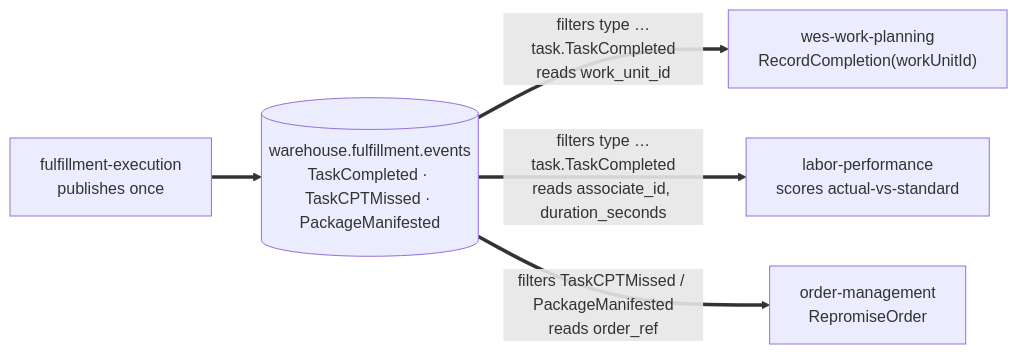
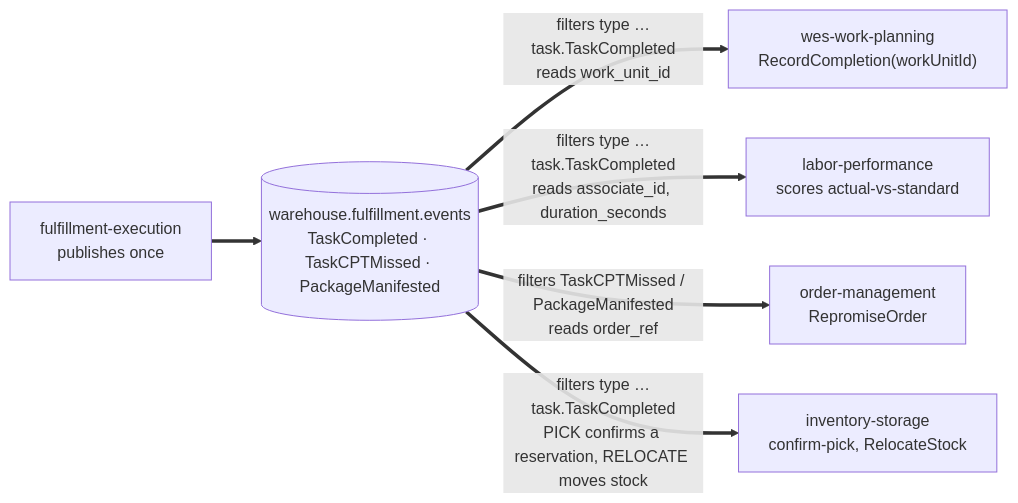
The diagram in docs/contexts/fulfillment-execution/async-api.md (IQVO/warehouse-docs), drawn with Mermaid before and after one commit. The commit also changed other lines of this file and 331 other files, not shown here.

````diff
--- a/docs/contexts/fulfillment-execution/async-api.md
+++ b/docs/contexts/fulfillment-execution/async-api.md
@@ -160,7 +247,8 @@
 ```mermaid
 flowchart LR
     FE["fulfillment-execution<br/>publishes once"] ==> T[("warehouse.fulfillment.events<br/>TaskCompleted · TaskCPTMissed · PackageManifested")]
     T ==>|"filters type …task.TaskCompleted<br/>reads work_unit_id"| WP["wes-work-planning<br/>RecordCompletion(workUnitId)"]
     T ==>|"filters type …task.TaskCompleted<br/>reads associate_id, duration_seconds"| LP["labor-performance<br/>scores actual-vs-standard"]
     T ==>|"filters TaskCPTMissed / PackageManifested<br/>reads order_ref"| OM["order-management<br/>RepromiseOrder"]
+    T ==>|"filters type …task.TaskCompleted<br/>PICK confirms a reservation, RELOCATE moves stock"| IS["inventory-storage<br/>confirm-pick, RelocateStock"]
 ```
````
